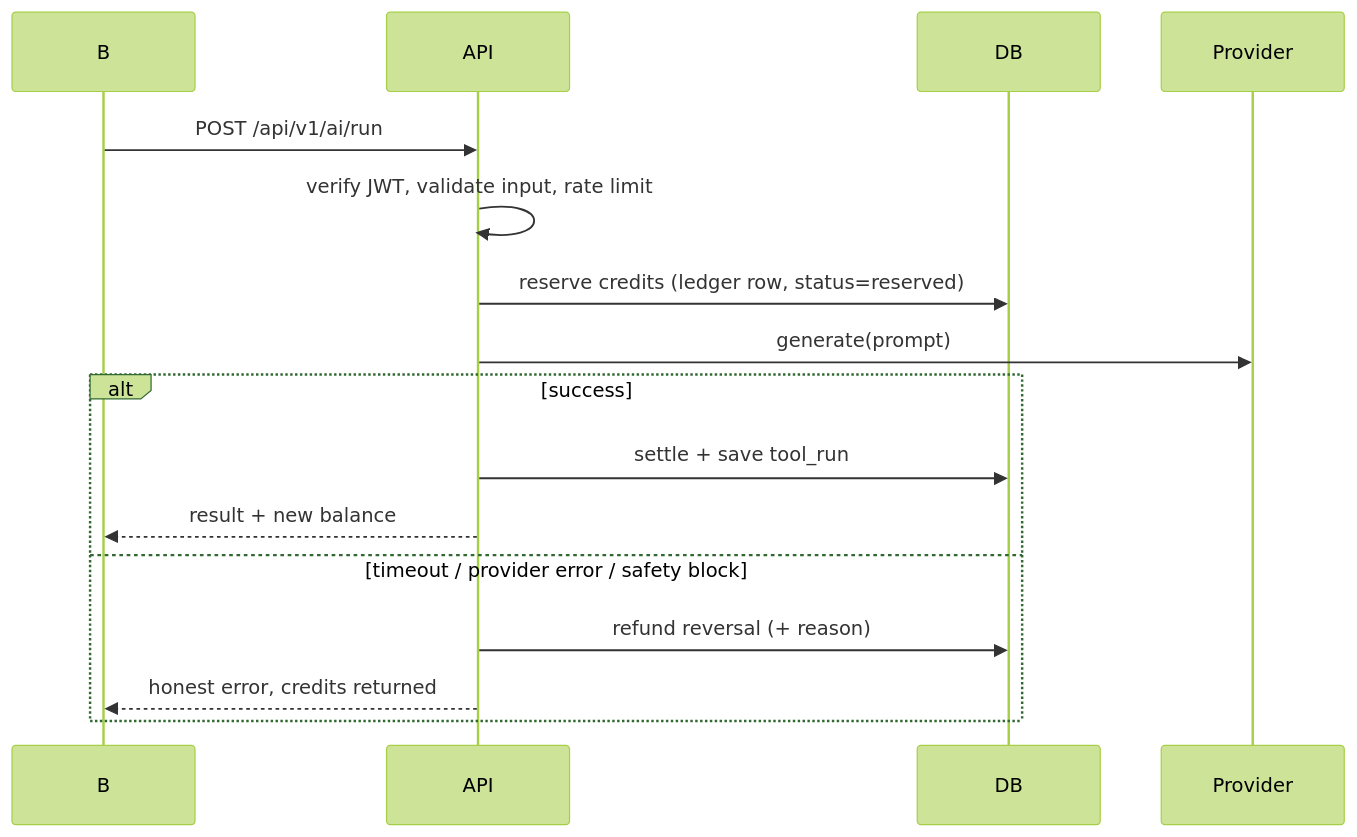
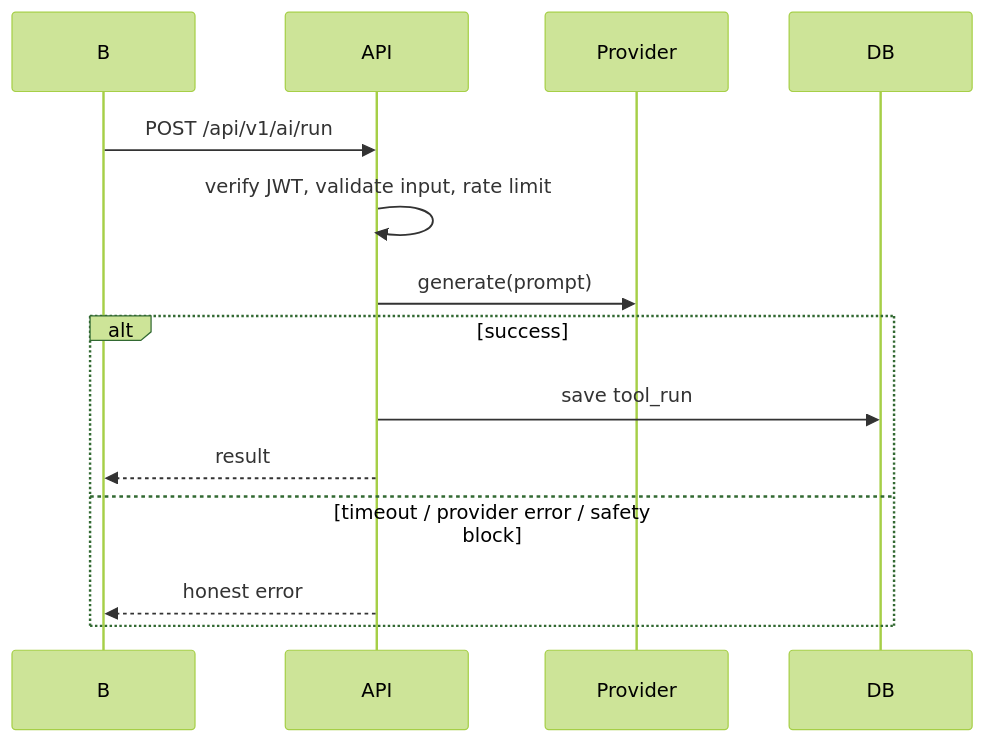
Before and after one commit to pra-y104/quickbiz-studio: the diagram in docs/07-ai-integration.md, drawn with Mermaid (forest theme). The commit also changed other lines of this file and 30 other files, not shown here.

````diff
--- a/docs/07-ai-integration.md
+++ b/docs/07-ai-integration.md
@@ -43,14 +52,12 @@
 ```mermaid
 sequenceDiagram
   B->>API: POST /api/v1/ai/run
   API->>API: verify JWT, validate input, rate limit
-  API->>DB: reserve credits (ledger row, status=reserved)
   API->>Provider: generate(prompt)
   alt success
-    API->>DB: settle + save tool_run
-    API-->>B: result + new balance
+    API->>DB: save tool_run
+    API-->>B: result
   else timeout / provider error / safety block
-    API->>DB: refund reversal (+ reason)
-    API-->>B: honest error, credits returned
+    API-->>B: honest error
   end
 ```
````
